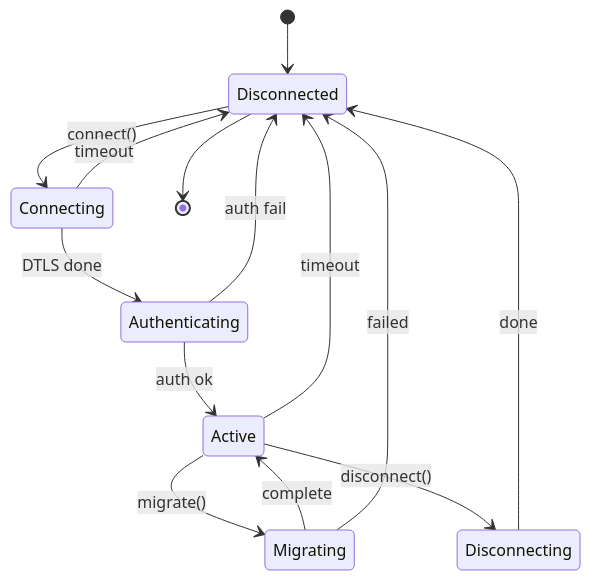
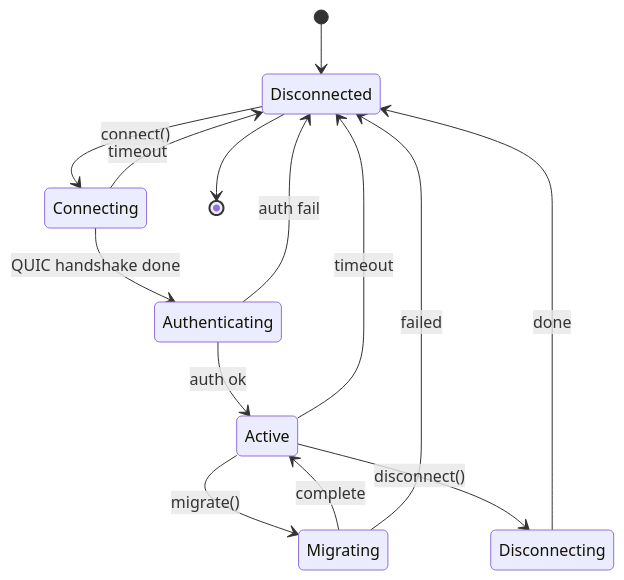
One commit to harmonius-dev/harmonius changed the fourth of 11 diagrams in docs/design/networking/network-transport.md. Above: the diagram before and after it, drawn with Mermaid. The commit also changed other lines of this file and 143 other files, not shown here.

````diff
--- a/docs/design/networking/network-transport.md
+++ b/docs/design/networking/network-transport.md
@@ -317,16 +336,16 @@
 ```mermaid
 stateDiagram-v2
     [*] --> Disconnected
     Disconnected --> Connecting: connect()
-    Connecting --> Authenticating: DTLS done
+    Connecting --> Authenticating: QUIC handshake done
     Connecting --> Disconnected: timeout
     Authenticating --> Active: auth ok
     Authenticating --> Disconnected: auth fail
     Active --> Migrating: migrate()
     Active --> Disconnected: timeout
     Active --> Disconnecting: disconnect()
     Migrating --> Active: complete
     Migrating --> Disconnected: failed
     Disconnecting --> Disconnected: done
     Disconnected --> [*]
 ```
````
